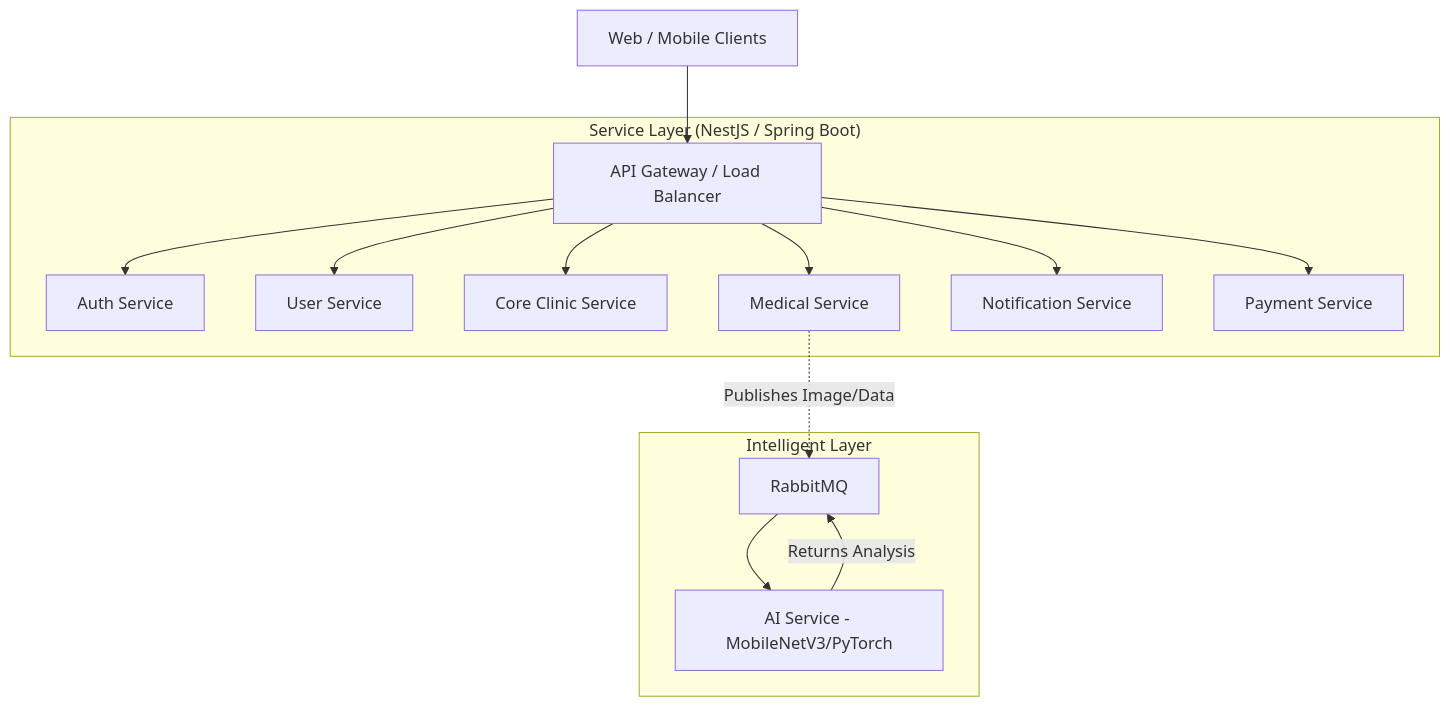
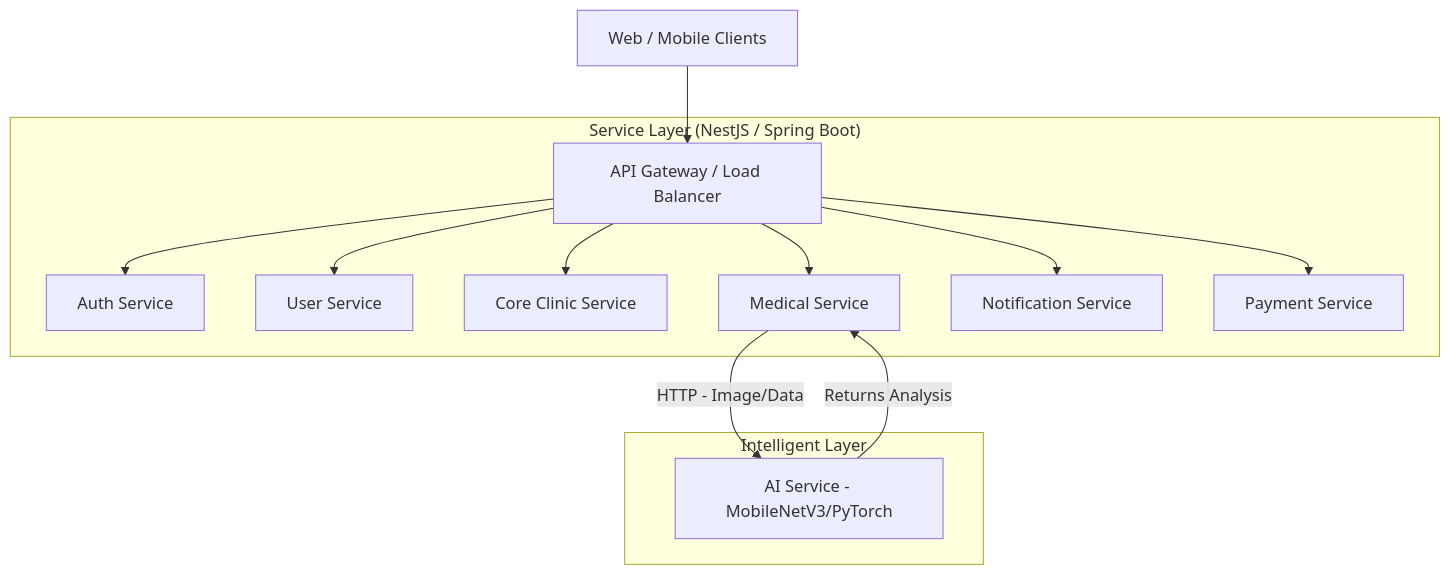
Before and after one commit to LTPPPP/Smart-Medical-Intelligent-Ledger-for-E-health-S.M.I.L.E-: the diagram in docs/ARCHITECTURE.md, drawn with Mermaid. The commit also changed other lines of this file and 43 other files, not shown here.

Commit message:
doc: update architecture diagram

````diff
--- a/docs/ARCHITECTURE.md
+++ b/docs/ARCHITECTURE.md
@@ -11,19 +10,18 @@
 ```mermaid
 graph TB
     Client[Web / Mobile Clients] --> Gateway[API Gateway / Load Balancer]
     
     subgraph "Service Layer (NestJS / Spring Boot)"
         Gateway --> Auth[Auth Service]
         Gateway --> User[User Service]
         Gateway --> Clinic[Core Clinic Service]
         Gateway --> Appt[Medical Service]
         Gateway --> Notif[Notification Service]
         Gateway --> Pay[Payment Service]
     end
     
     subgraph "Intelligent Layer"
-        Appt -.->|Publishes Image/Data| MQ[RabbitMQ]
-        MQ --> AI_Net[AI Service - MobileNetV3/PyTorch]
-        AI_Net -->|Returns Analysis| MQ
+        Appt -->|HTTP - Image/Data| AI_Net[AI Service - MobileNetV3/PyTorch]
+        AI_Net -->|Returns Analysis| Appt
     end
 ```
````
